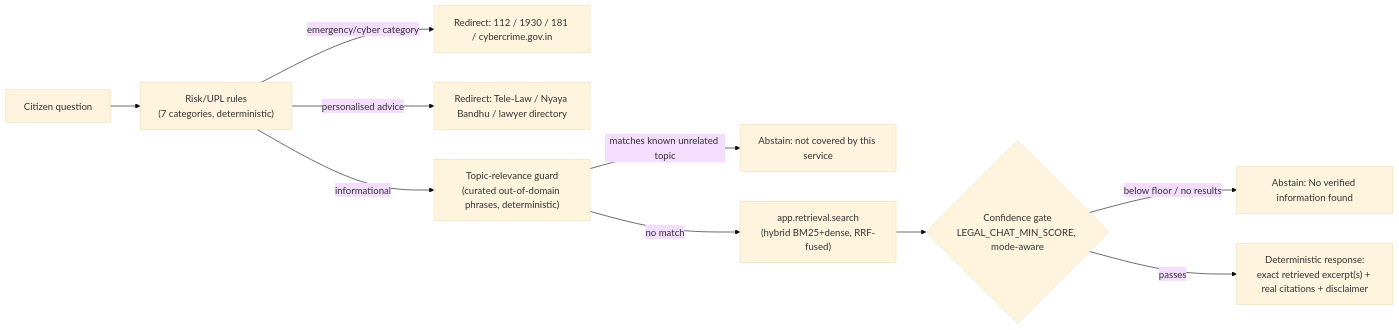
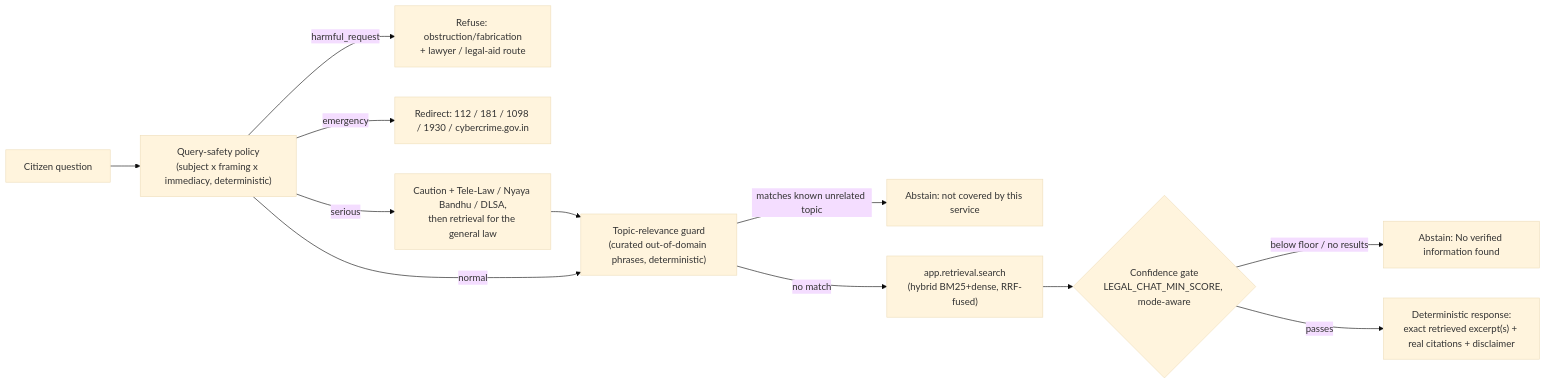
One commit to Solly2201/Capstone changed the fourth of 6 diagrams in docs/ARCHITECTURE.md. Above: the diagram before and after it, drawn with Mermaid (base theme). The commit also changed other lines of this file and 120 other files, not shown here.

First line of the commit message:
feat: complete M6 hardening, expand Learn, add legal safety layer

````diff
--- a/docs/ARCHITECTURE.md
+++ b/docs/ARCHITECTURE.md
@@ -110,12 +110,14 @@
 ```mermaid
 flowchart LR
-  Q["Citizen question"] --> Risk["Risk/UPL rules\n(7 categories, deterministic)"]
-  Risk -->|emergency/cyber category| Emg["Redirect: 112 / 1930 / 181 / cybercrime.gov.in"]
-  Risk -->|personalised advice| Adv["Redirect: Tele-Law / Nyaya Bandhu / lawyer directory"]
-  Risk -->|informational| Topic["Topic-relevance guard\n(curated out-of-domain phrases, deterministic)"]
+  Q["Citizen question"] --> Risk["Query-safety policy\n(subject x framing x immediacy, deterministic)"]
+  Risk -->|harmful_request| Refuse["Refuse: obstruction/fabrication\n+ lawyer / legal-aid route"]
+  Risk -->|emergency| Emg["Redirect: 112 / 181 / 1098 / 1930 / cybercrime.gov.in"]
+  Risk -->|serious| Adv["Caution + Tele-Law / Nyaya Bandhu / DLSA,\nthen retrieval for the general law"]
+  Adv --> Topic
+  Risk -->|normal| Topic["Topic-relevance guard\n(curated out-of-domain phrases, deterministic)"]
   Topic -->|matches known unrelated topic| Abstain2["Abstain: not covered by this service"]
   Topic -->|no match| Search["app.retrieval.search\n(hybrid BM25+dense, RRF-fused)"]
   Search --> Gate{"Confidence gate\nLEGAL_CHAT_MIN_SCORE, mode-aware"}
   Gate -->|below floor / no results| Abstain["Abstain: No verified information found"]
   Gate -->|passes| Resp["Deterministic response:\nexact retrieved excerpt(s) + real citations + disclaimer"]
 ```
````
